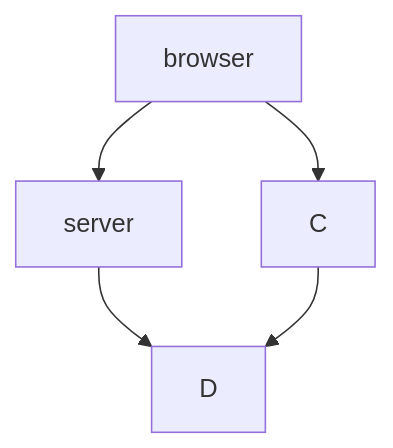
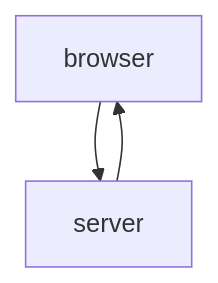
The diagram in part0/0.4exercises.md (EngineKrieg/Fullstackopen), drawn with Mermaid before and after one commit.

````diff
--- a/part0/0.4exercises.md
+++ b/part0/0.4exercises.md
@@ -1,7 +1,5 @@
 ```mermaid
   graph TD;
       A[browser]-->B[server];
-      A-->C;
-      B-->D;
-      C-->D;
+      B[server]-->A[browser];
 ```
````
